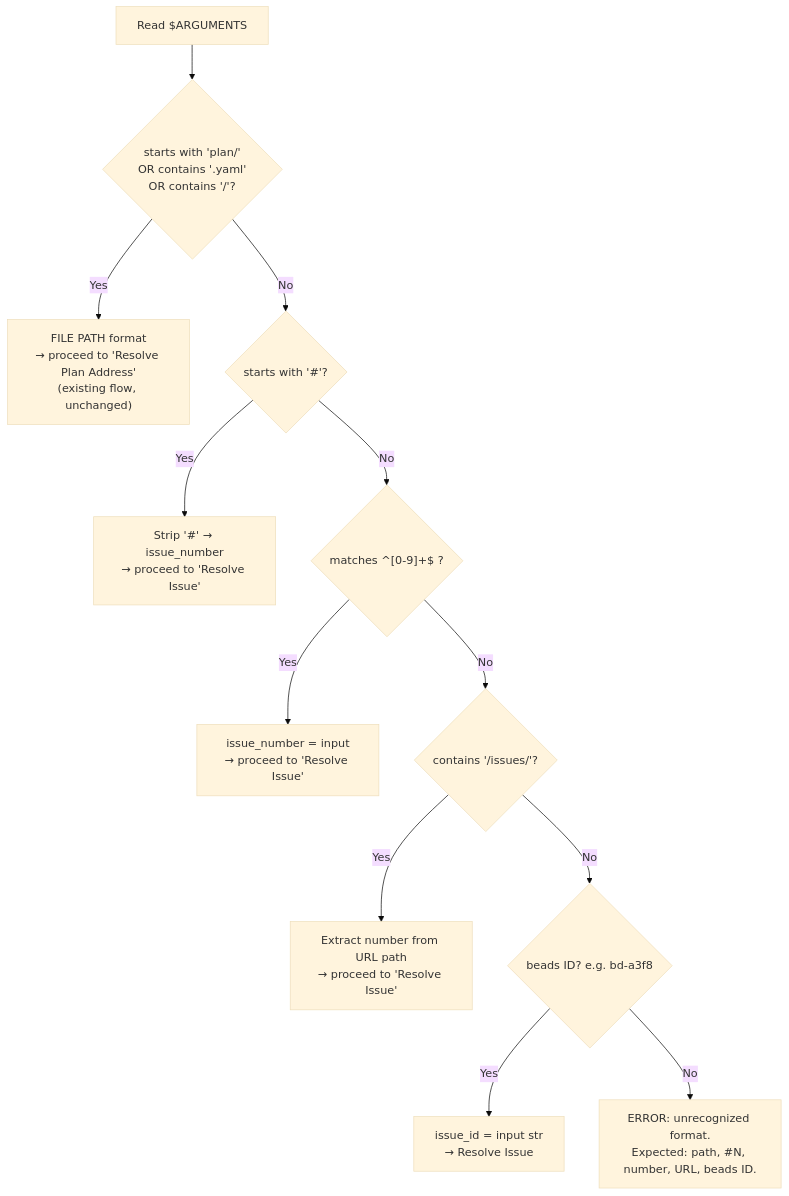
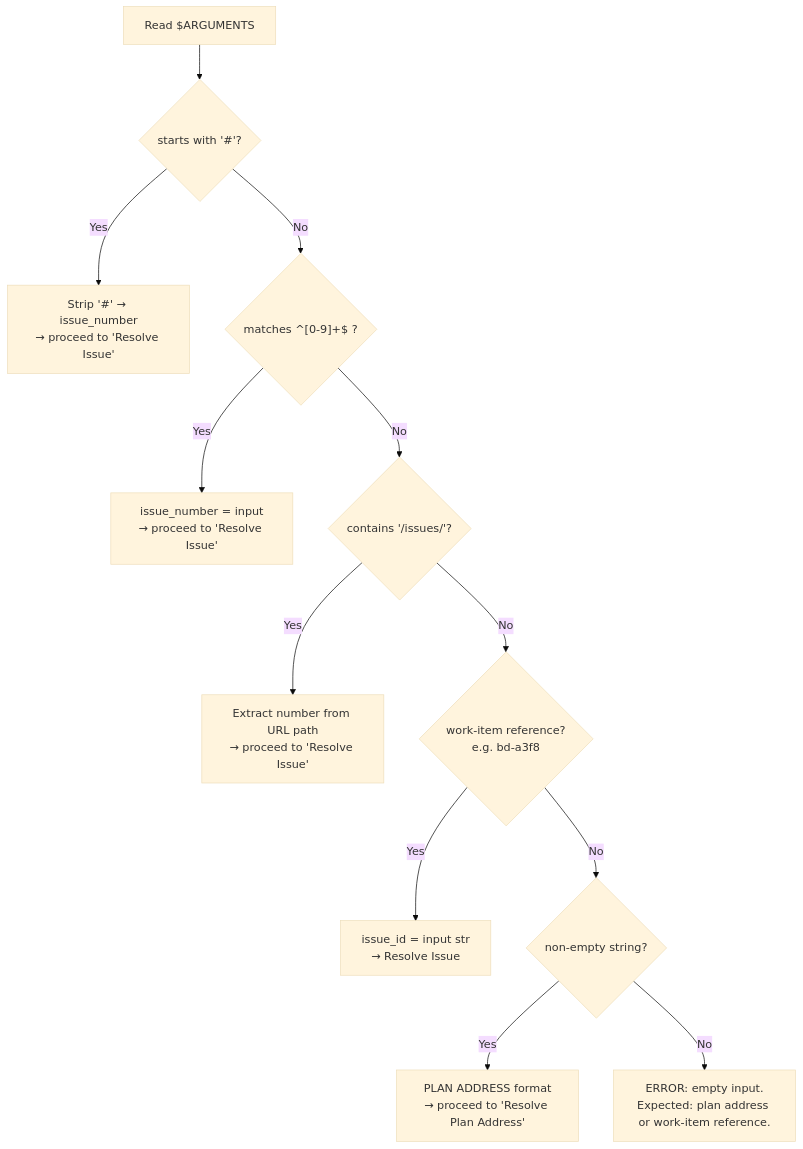
The first of 8 diagrams in plugins/development-harness/skills/complete-implementation/SKILL.md (Jamie-BitFlight/claude_skills), drawn with Mermaid (base theme) before and after one commit. The commit also changed other lines of this file and 41 other files, not shown here.

````diff
--- a/plugins/development-harness/skills/complete-implementation/SKILL.md
+++ b/plugins/development-harness/skills/complete-implementation/SKILL.md
@@ -44,14 +47,14 @@
 ```mermaid
 flowchart TD
-    Input["Read $ARGUMENTS"] --> Q1{"starts with 'plan/'<br>OR contains '.yaml'<br>OR contains '/'?"}
-    Q1 -->|Yes| FilePath["FILE PATH format<br>→ proceed to 'Resolve Plan Address'<br>(existing flow, unchanged)"]
-    Q1 -->|No| Q2{"starts with '#'?"}
+    Input["Read $ARGUMENTS"] --> Q2{"starts with '#'?"}
     Q2 -->|Yes| IssueHash["Strip '#' → issue_number<br>→ proceed to 'Resolve Issue'"]
     Q2 -->|No| Q3{"matches ^[0-9]+$ ?"}
     Q3 -->|Yes| IssueBare["issue_number = input<br>→ proceed to 'Resolve Issue'"]
     Q3 -->|No| Q4{"contains '/issues/'?"}
     Q4 -->|Yes| IssueURL["Extract number from URL path<br>→ proceed to 'Resolve Issue'"]
-    Q4 -->|No| Q5{"beads ID? e.g. bd-a3f8"}
+    Q4 -->|No| Q5{"work-item reference?<br>e.g. bd-a3f8"}
     Q5 -->|Yes| IssueBeads["issue_id = input str<br>→ Resolve Issue"]
-    Q5 -->|No| Err["ERROR: unrecognized format.<br>Expected: path, #N, number, URL, beads ID."]
+    Q5 -->|No| Q6{"non-empty string?"}
+    Q6 -->|Yes| PlanAddress["PLAN ADDRESS format<br>→ proceed to 'Resolve Plan Address'"]
+    Q6 -->|No| Err["ERROR: empty input.<br>Expected: plan address or work-item reference."]
 ```
````
